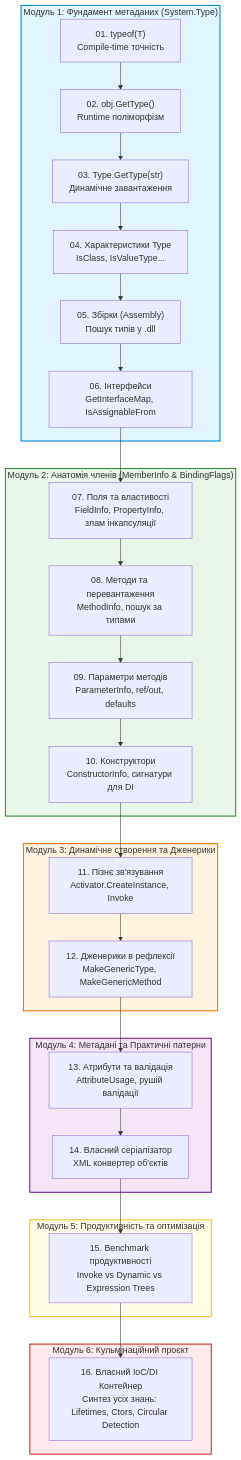
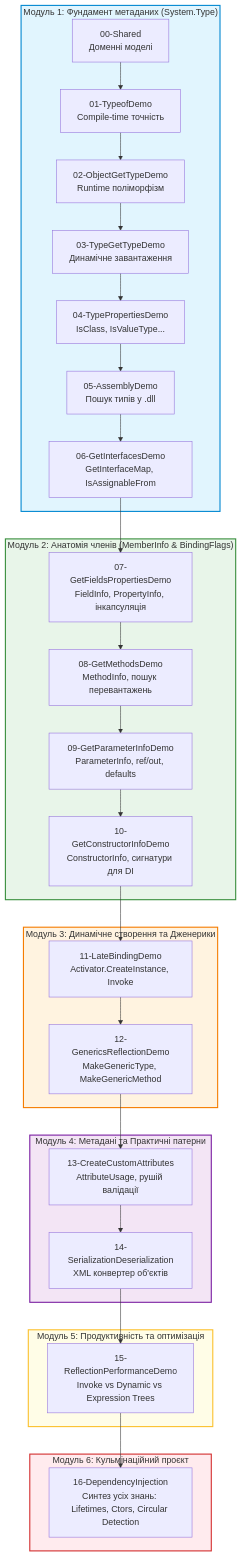
One commit to MrTomkaYurii/CSharp-OOP-Mastery changed the diagram in 06-Advanced-DotNet/02-Reflection-And-Metadata/Docs/00_Curriculum_And_Roadmap.md. Above: the diagram before and after it, drawn with Mermaid. The commit also changed other lines of this file and 54 other files, not shown here.

````diff
--- a/06-Advanced-DotNet/02-Reflection-And-Metadata/Docs/00_Curriculum_And_Roadmap.md
+++ b/06-Advanced-DotNet/02-Reflection-And-Metadata/Docs/00_Curriculum_And_Roadmap.md
@@ -42,42 +43,43 @@
 ```mermaid
 flowchart TD
     subgraph M1["Модуль 1: Фундамент метаданих (System.Type)"]
-        S1["01. typeof(T)<br/>Compile-time точність"] --> S2["02. obj.GetType()<br/>Runtime поліморфізм"]
-        S2 --> S3["03. Type.GetType(str)<br/>Динамічне завантаження"]
-        S3 --> S4["04. Характеристики Type<br/>IsClass, IsValueType..."]
-        S4 --> S5["05. Збірки (Assembly)<br/>Пошук типів у .dll"]
-        S5 --> S6["06. Інтерфейси<br/>GetInterfaceMap, IsAssignableFrom"]
+        S0["00-Shared<br/>Доменні моделі"] --> S1["01-TypeofDemo<br/>Compile-time точність"]
+        S1 --> S2["02-ObjectGetTypeDemo<br/>Runtime поліморфізм"]
+        S2 --> S3["03-TypeGetTypeDemo<br/>Динамічне завантаження"]
+        S3 --> S4["04-TypePropertiesDemo<br/>IsClass, IsValueType..."]
+        S4 --> S5["05-AssemblyDemo<br/>Пошук типів у .dll"]
+        S5 --> S6["06-GetInterfacesDemo<br/>GetInterfaceMap, IsAssignableFrom"]
     end
 
     subgraph M2["Модуль 2: Анатомія членів (MemberInfo & BindingFlags)"]
-        S6 --> S7["07. Поля та властивості<br/>FieldInfo, PropertyInfo, злам інкапсуляції"]
-        S7 --> S8["08. Методи та перевантаження<br/>MethodInfo, пошук за типами"]
-        S8 --> S9["09. Параметри методів<br/>ParameterInfo, ref/out, defaults"]
-        S9 --> S10["10. Конструктори<br/>ConstructorInfo, сигнатури для DI"]
+        S6 --> S7["07-GetFieldsPropertiesDemo<br/>FieldInfo, PropertyInfo, інкапсуляція"]
+        S7 --> S8["08-GetMethodsDemo<br/>MethodInfo, пошук перевантажень"]
+        S8 --> S9["09-GetParameterInfoDemo<br/>ParameterInfo, ref/out, defaults"]
+        S9 --> S10["10-GetConstructorInfoDemo<br/>ConstructorInfo, сигнатури для DI"]
     end
 
     subgraph M3["Модуль 3: Динамічне створення та Дженерики"]
-        S10 --> S11["11. Пізнє зв'язування<br/>Activator.CreateInstance, Invoke"]
-        S11 --> S12["12. Дженерики в рефлексії<br/>MakeGenericType, MakeGenericMethod"]
+        S10 --> S11["11-LateBindingDemo<br/>Activator.CreateInstance, Invoke"]
+        S11 --> S12["12-GenericsReflectionDemo<br/>MakeGenericType, MakeGenericMethod"]
     end
 
     subgraph M4["Модуль 4: Метадані та Практичні патерни"]
-        S12 --> S13["13. Атрибути та валідація<br/>AttributeUsage, рушій валідації"]
-        S13 --> S14["14. Власний серіалізатор<br/>XML конвертер об'єктів"]
+        S12 --> S13["13-CreateCustomAttributes<br/>AttributeUsage, рушій валідації"]
+        S13 --> S14["14-SerializationDeserialization<br/>XML конвертер об'єктів"]
     end
 
     subgraph M5["Модуль 5: Продуктивність та оптимізація"]
-        S14 --> S15["15. Benchmark продуктивності<br/>Invoke vs Dynamic vs Expression Trees"]
+        S14 --> S15["15-ReflectionPerformanceDemo<br/>Invoke vs Dynamic vs Expression Trees"]
     end
 
     subgraph M6["Модуль 6: Кульмінаційний проєкт"]
-        S15 --> S16["16. Власний IoC/DI Контейнер<br/>Синтез усіх знань: Lifetimes, Ctors, Circular Detection"]
+        S15 --> S16["16-DependencyInjection<br/>Синтез усіх знань: Lifetimes, Ctors, Circular Detection"]
     end
 
     style M1 fill:#e1f5fe,stroke:#0288d1,stroke-width:2px
     style M2 fill:#e8f5e9,stroke:#388e3c,stroke-width:2px
     style M3 fill:#fff3e0,stroke:#f57c00,stroke-width:2px
     style M4 fill:#f3e5f5,stroke:#7b1fa2,stroke-width:2px
     style M5 fill:#fffde7,stroke:#fbc02d,stroke-width:2px
     style M6 fill:#ffebee,stroke:#d32f2f,stroke-width:2px
 ```
````
